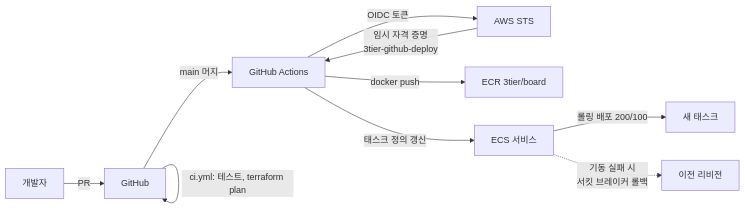
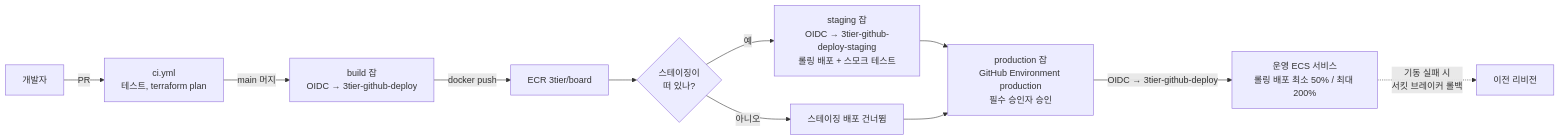
The third of 4 diagrams in docs/architecture.md (DDongHyun00/3-tier-terraform-ecs), drawn with Mermaid before and after one commit. The commit also changed other lines of this file and 48 other files, not shown here.

````diff
--- a/docs/architecture.md
+++ b/docs/architecture.md
@@ -74,12 +85,13 @@
 ```mermaid
 flowchart LR
-    DEV[개발자] -->|PR| GH[GitHub]
-    GH -->|ci.yml: 테스트, terraform plan| GH
-    GH -->|main 머지| GA[GitHub Actions]
-    GA -->|OIDC 토큰| STS[AWS STS]
-    STS -->|임시 자격 증명<br/>3tier-github-deploy| GA
-    GA -->|docker push| ECR[ECR 3tier/board]
-    GA -->|태스크 정의 갱신| ECS[ECS 서비스]
-    ECS -->|롤링 배포 200/100| T[새 태스크]
+    DEV[개발자] -->|PR| CI[ci.yml<br/>테스트, terraform plan]
+    CI -->|main 머지| B[build 잡<br/>OIDC → 3tier-github-deploy]
+    B -->|docker push| ECR[ECR 3tier/board]
+    ECR --> S{스테이징이<br/>떠 있나?}
+    S -->|예| SD[staging 잡<br/>OIDC → 3tier-github-deploy-staging<br/>롤링 배포 + 스모크 테스트]
+    S -->|아니오| SKIP[스테이징 배포 건너뜀]
+    SD --> AP[production 잡<br/>GitHub Environment production<br/>필수 승인자 승인]
+    SKIP --> AP
+    AP -->|OIDC → 3tier-github-deploy| ECS[운영 ECS 서비스<br/>롤링 배포 최소 50% / 최대 200%]
     ECS -.->|기동 실패 시<br/>서킷 브레이커 롤백| OLD[이전 리비전]
 ```
````
